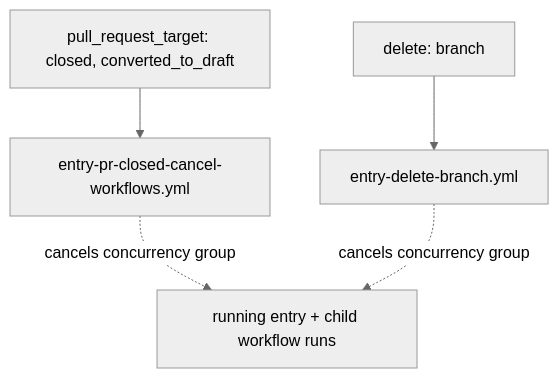
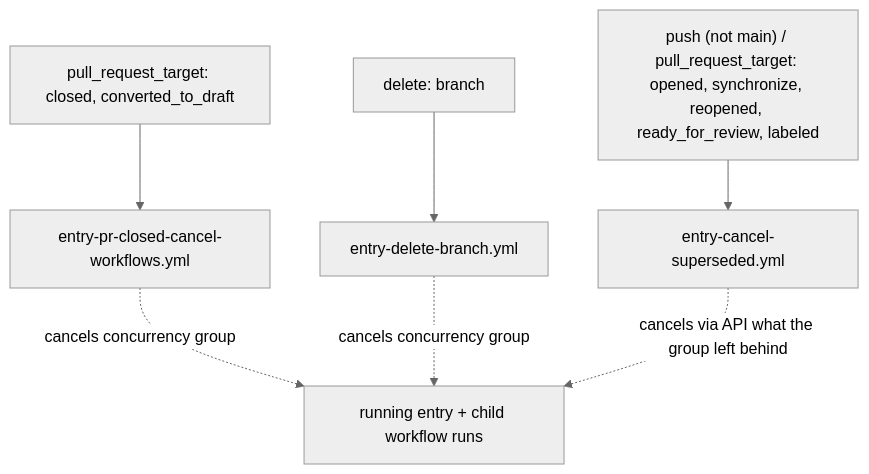
The second of 3 diagrams in .github/workflows/README.md (AlejandroRomanIbanez/infinito-nexus), drawn with Mermaid (neutral theme) before and after one commit. The commit also changed other lines of this file and 11 other files, not shown here.

````diff
--- a/.github/workflows/README.md
+++ b/.github/workflows/README.md
@@ -265,7 +265,9 @@
 ```mermaid
 flowchart TB
     prclose["pull_request_target: closed, converted_to_draft"] --> eprcancel["entry-pr-closed-cancel-workflows.yml"]
     branchdelete["delete: branch"] --> delbranch["entry-delete-branch.yml"]
+    newcommit["push (not main) / pull_request_target: opened, synchronize, reopened, ready_for_review, labeled"] --> superseded["entry-cancel-superseded.yml"]
     eprcancel -.->|"cancels concurrency group"| runningci["running entry + child workflow runs"]
     delbranch -.->|"cancels concurrency group"| runningci
+    superseded -.->|"cancels via API what the group left behind"| runningci
 ```
````
